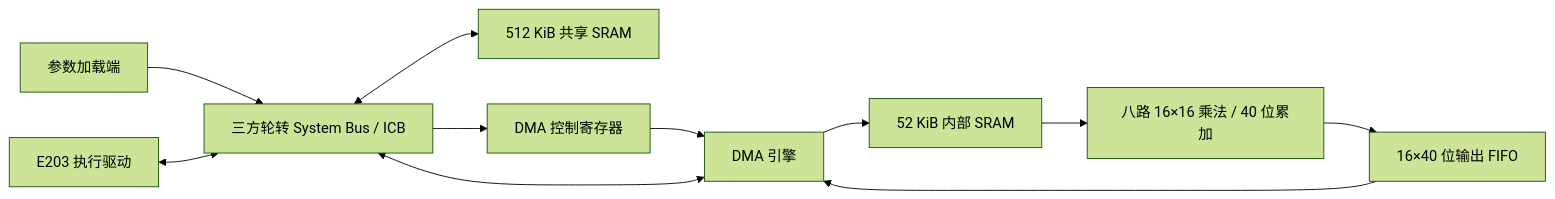
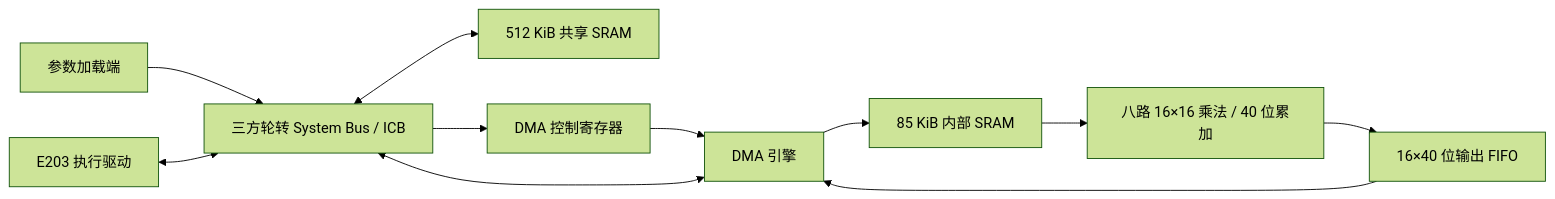
The diagram in docs/architecture.md (hhaxi/keyword_transfomer_accelerator), drawn with Mermaid (forest theme) before and after one commit. The commit also changed other lines of this file and 44 other files, not shown here.

````diff
--- a/docs/architecture.md
+++ b/docs/architecture.md
@@ -61,13 +67,13 @@
 ```mermaid
 flowchart LR
     H[参数加载端] --> B[三方轮转 System Bus / ICB]
     C[E203 执行驱动] <--> B
     B <--> S[512 KiB 共享 SRAM]
     B --> A[DMA 控制寄存器]
     A --> E[DMA 引擎]
     E <--> B
-    E --> M[52 KiB 内部 SRAM]
+    E --> M[85 KiB 内部 SRAM]
     M --> D[八路 16×16 乘法 / 40 位累加]
     D --> O[16×40 位输出 FIFO]
     O --> E
 ```
````
